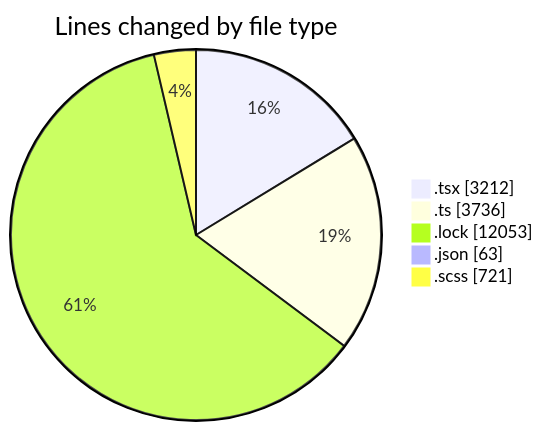
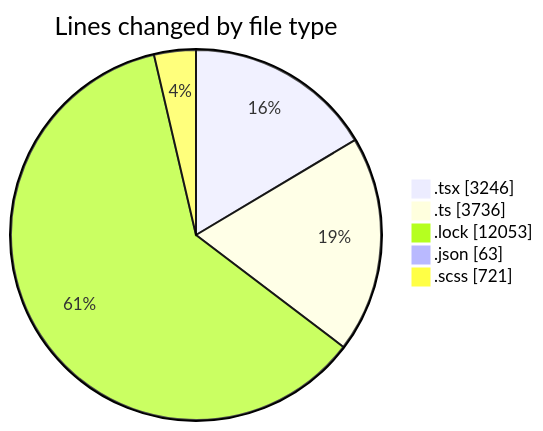
The first of 2 diagrams in 2025-12-03/cda/README.md (momahboobian/code-tracking), drawn with Mermaid before and after one commit. The commit also changed other lines of this file and 1 other file, not shown here.

````diff
--- a/2025-12-03/cda/README.md
+++ b/2025-12-03/cda/README.md
@@ -32,9 +32,9 @@
 ```mermaid
 pie showData
 title Lines changed by file type
-".tsx" : 3212
+".tsx" : 3246
 ".ts" : 3736
 ".lock" : 12053
 ".json" : 63
 ".scss" : 721
 ```
````
